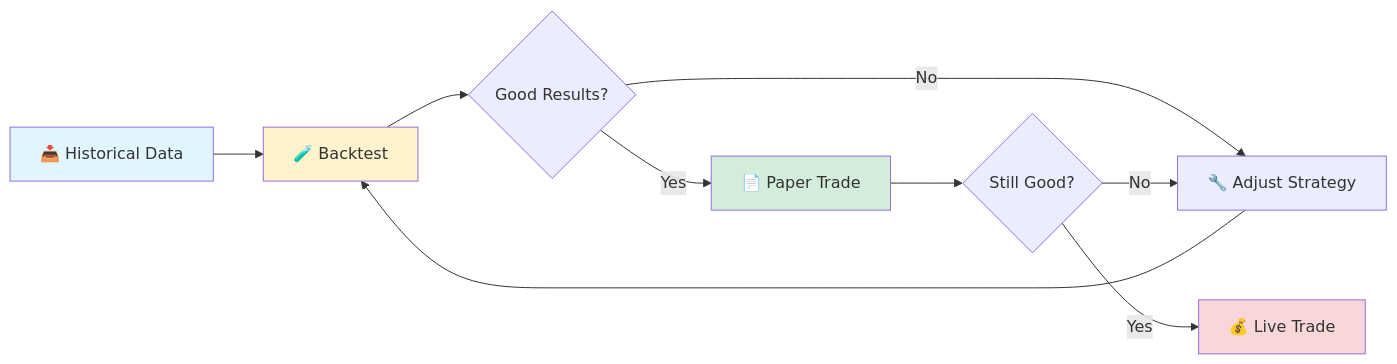
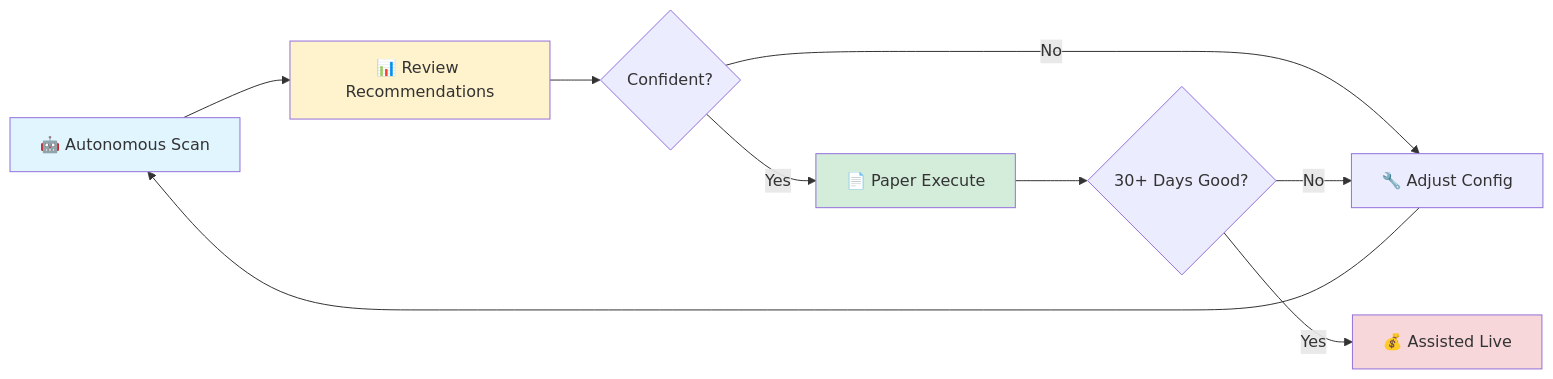
The diagram in README.md (evanlow/tws_robot), drawn with Mermaid before and after one commit. The commit also changed other lines of this file, not shown here.

First line of the commit message:
Revamp README.md to prominently feature autonomous trading as the core capability

````diff
--- a/README.md
+++ b/README.md
@@ -129,16 +172,16 @@
 ```mermaid
 graph LR
-    A[📥 Historical Data] --> B[🧪 Backtest]
-    B --> C{Good Results?}
-    C -->|No| D[🔧 Adjust Strategy]
-    D --> B
-    C -->|Yes| E[📄 Paper Trade]
-    E --> F{Still Good?}
+    A[🤖 Autonomous Scan] --> B[📊 Review Recommendations]
+    B --> C{Confident?}
+    C -->|No| D[🔧 Adjust Config]
+    D --> A
+    C -->|Yes| E[📄 Paper Execute]
+    E --> F{30+ Days Good?}
     F -->|No| D
-    F -->|Yes| G[💰 Live Trade]
+    F -->|Yes| G[💰 Assisted Live]
     
     style A fill:#e1f5ff
     style B fill:#fff3cd
     style E fill:#d4edda
     style G fill:#f8d7da
 ```
````
